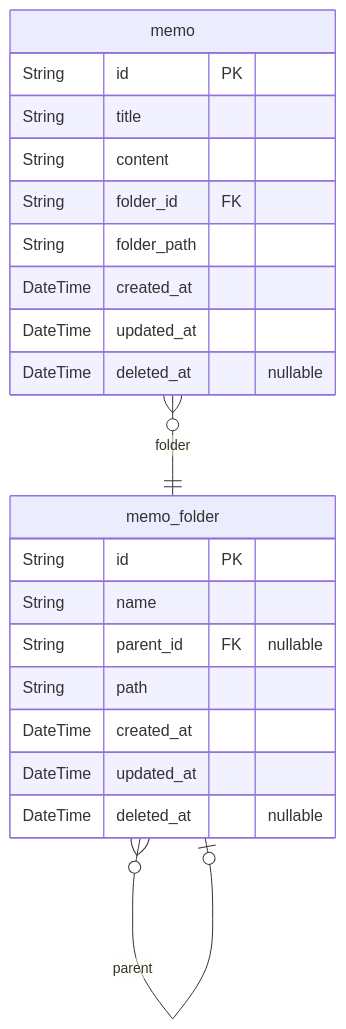
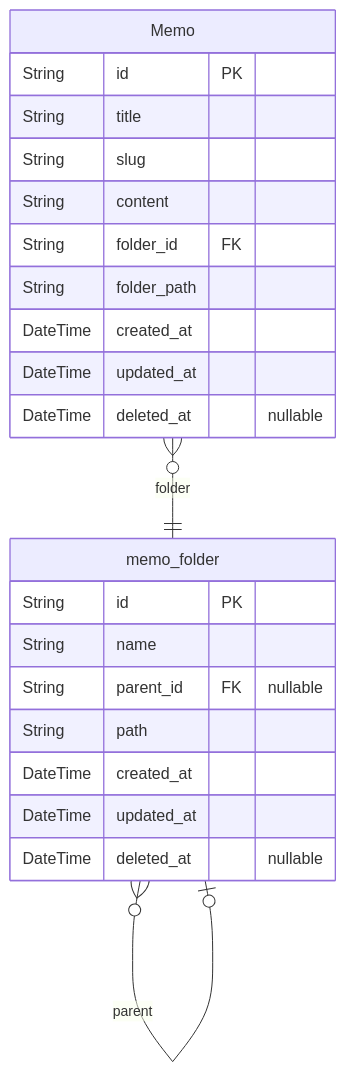
Before and after one commit to imkdw/imkdw-dev-server: the first of 2 diagrams in prisma/schema/ERD.md, drawn with Mermaid. The commit also changed other lines of this file and 19 other files, not shown here.

````diff
--- a/prisma/schema/ERD.md
+++ b/prisma/schema/ERD.md
@@ -9,24 +9,25 @@
 ```mermaid
 erDiagram
+"Memo" {
+  String id PK
+  String title
+  String slug
+  String content
+  String folder_id FK
+  String folder_path
+  DateTime created_at
+  DateTime updated_at
+  DateTime deleted_at "nullable"
+}
 "memo_folder" {
   String id PK
   String name
   String parent_id FK "nullable"
   String path
   DateTime created_at
   DateTime updated_at
   DateTime deleted_at "nullable"
 }
-"memo" {
-  String id PK
-  String title
-  String content
-  String folder_id FK
-  String folder_path
-  DateTime created_at
-  DateTime updated_at
-  DateTime deleted_at "nullable"
-}
+"Memo" }o--|| "memo_folder" : folder
 "memo_folder" }o--o| "memo_folder" : parent
-"memo" }o--|| "memo_folder" : folder
 ```
````
